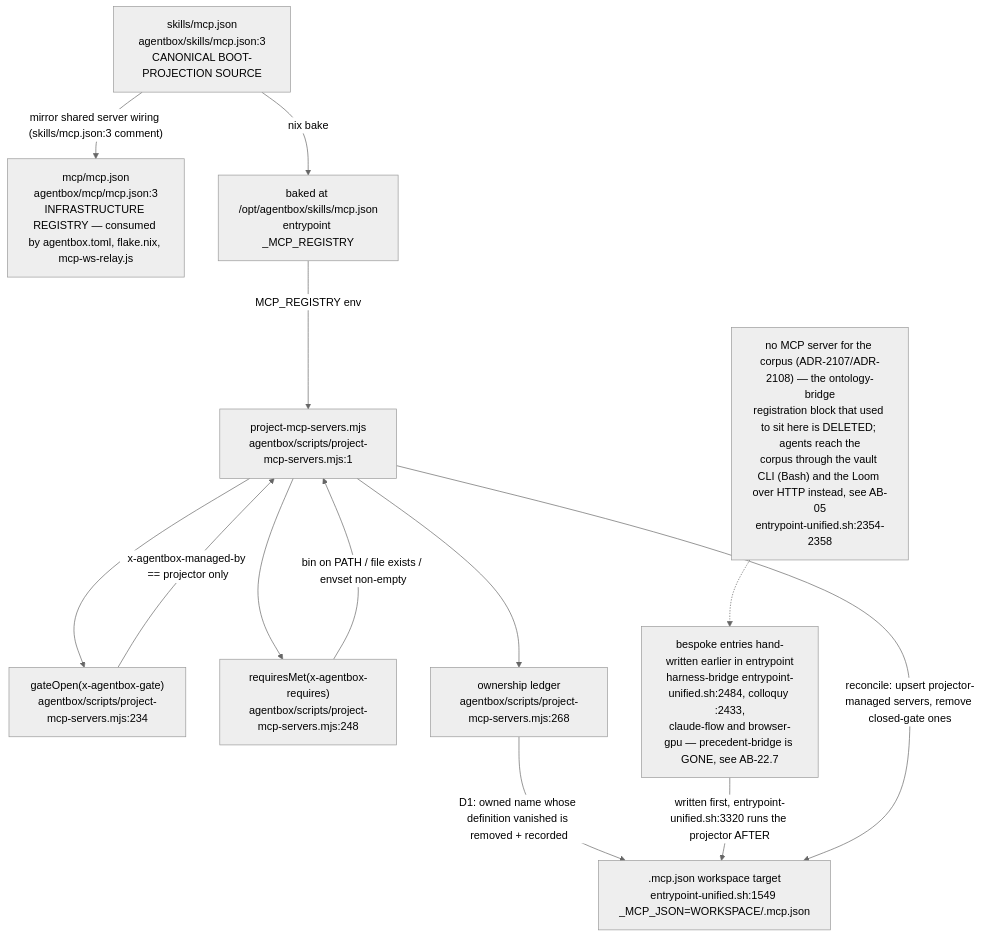
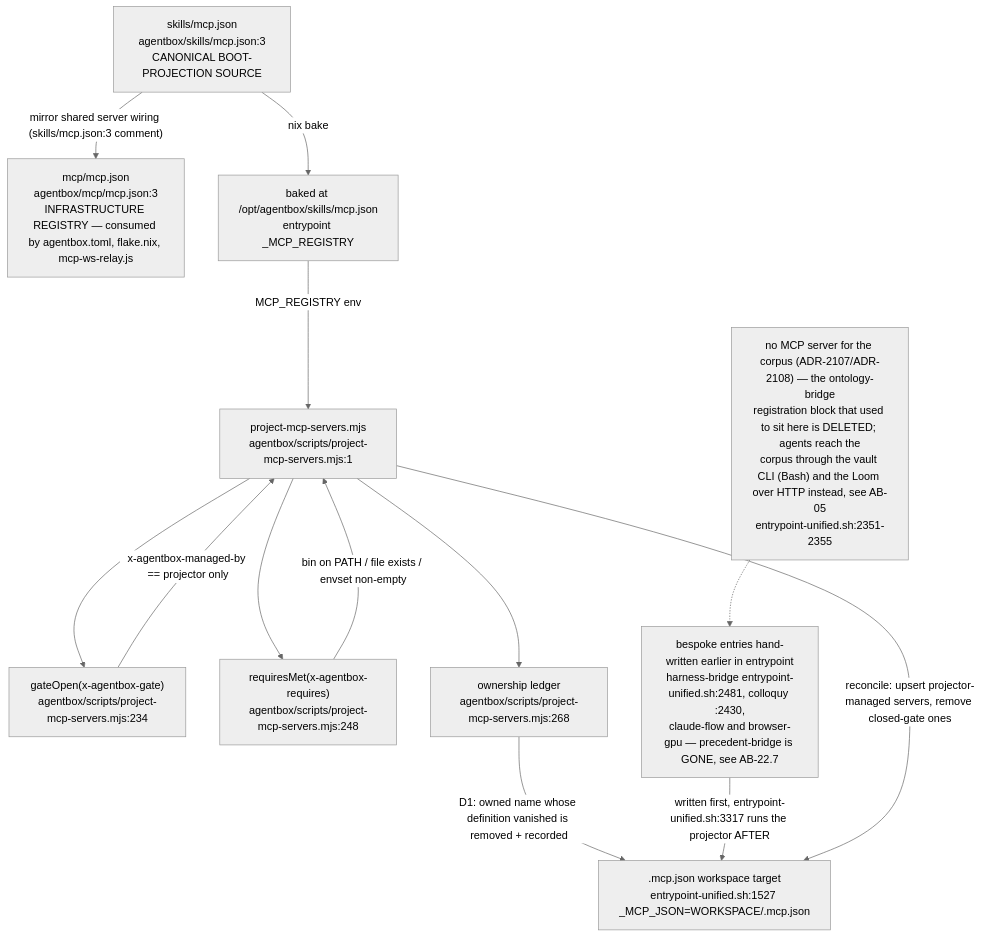
The ninth of 12 diagrams in docs/diagrams/agentbox/22-skills-and-routing.md (DreamLab-AI/VisionFlow), drawn with Mermaid (neutral theme) before and after one commit. The commit also changed other lines of this file and 145 other files, not shown here.

````diff
--- a/docs/diagrams/agentbox/22-skills-and-routing.md
+++ b/docs/diagrams/agentbox/22-skills-and-routing.md
@@ -397,26 +397,26 @@
 ```mermaid
 flowchart TB
     REG["skills/mcp.json<br/>agentbox/skills/mcp.json:3<br/>CANONICAL BOOT-PROJECTION SOURCE"]
     MIRROR["mcp/mcp.json<br/>agentbox/mcp/mcp.json:3<br/>INFRASTRUCTURE REGISTRY — consumed by agentbox.toml, flake.nix, mcp-ws-relay.js"]
     BAKE["baked at /opt/agentbox/skills/mcp.json<br/>entrypoint _MCP_REGISTRY"]
     PROJ["project-mcp-servers.mjs<br/>agentbox/scripts/project-mcp-servers.mjs:1"]
     GATE["gateOpen(x-agentbox-gate)<br/>agentbox/scripts/project-mcp-servers.mjs:234"]
     REQ["requiresMet(x-agentbox-requires)<br/>agentbox/scripts/project-mcp-servers.mjs:248"]
     LEDGER["ownership ledger<br/>agentbox/scripts/project-mcp-servers.mjs:268"]
-    WS[".mcp.json workspace target<br/>entrypoint-unified.sh:1549 _MCP_JSON=WORKSPACE/.mcp.json"]
-    NOONT["no MCP server for the corpus (ADR-2107/ADR-2108) — the ontology-bridge<br/>registration block that used to sit here is DELETED; agents reach the<br/>corpus through the vault CLI (Bash) and the Loom over HTTP instead, see AB-05<br/>entrypoint-unified.sh:2354-2358"]
-    BESPOKE["bespoke entries hand-written earlier in entrypoint<br/>harness-bridge entrypoint-unified.sh:2484, colloquy :2433,<br/>claude-flow and browser-gpu — precedent-bridge is GONE, see AB-22.7"]
+    WS[".mcp.json workspace target<br/>entrypoint-unified.sh:1527 _MCP_JSON=WORKSPACE/.mcp.json"]
+    NOONT["no MCP server for the corpus (ADR-2107/ADR-2108) — the ontology-bridge<br/>registration block that used to sit here is DELETED; agents reach the<br/>corpus through the vault CLI (Bash) and the Loom over HTTP instead, see AB-05<br/>entrypoint-unified.sh:2351-2355"]
+    BESPOKE["bespoke entries hand-written earlier in entrypoint<br/>harness-bridge entrypoint-unified.sh:2481, colloquy :2430,<br/>claude-flow and browser-gpu — precedent-bridge is GONE, see AB-22.7"]
 
     REG -- "mirror shared server wiring (skills/mcp.json:3 comment)" --> MIRROR
     REG -- "nix bake" --> BAKE
     BAKE -- "MCP_REGISTRY env" --> PROJ
     PROJ --> GATE
     PROJ --> REQ
     GATE -- "x-agentbox-managed-by == projector only" --> PROJ
     REQ -- "bin on PATH / file exists / envset non-empty" --> PROJ
     PROJ --> LEDGER
     LEDGER -- "D1: owned name whose definition vanished is removed + recorded" --> WS
     NOONT -.-> BESPOKE
-    BESPOKE -- "written first, entrypoint-unified.sh:3320 runs the projector AFTER" --> WS
+    BESPOKE -- "written first, entrypoint-unified.sh:3317 runs the projector AFTER" --> WS
     PROJ -- "reconcile: upsert projector-managed servers, remove closed-gate ones" --> WS
 ```
````
